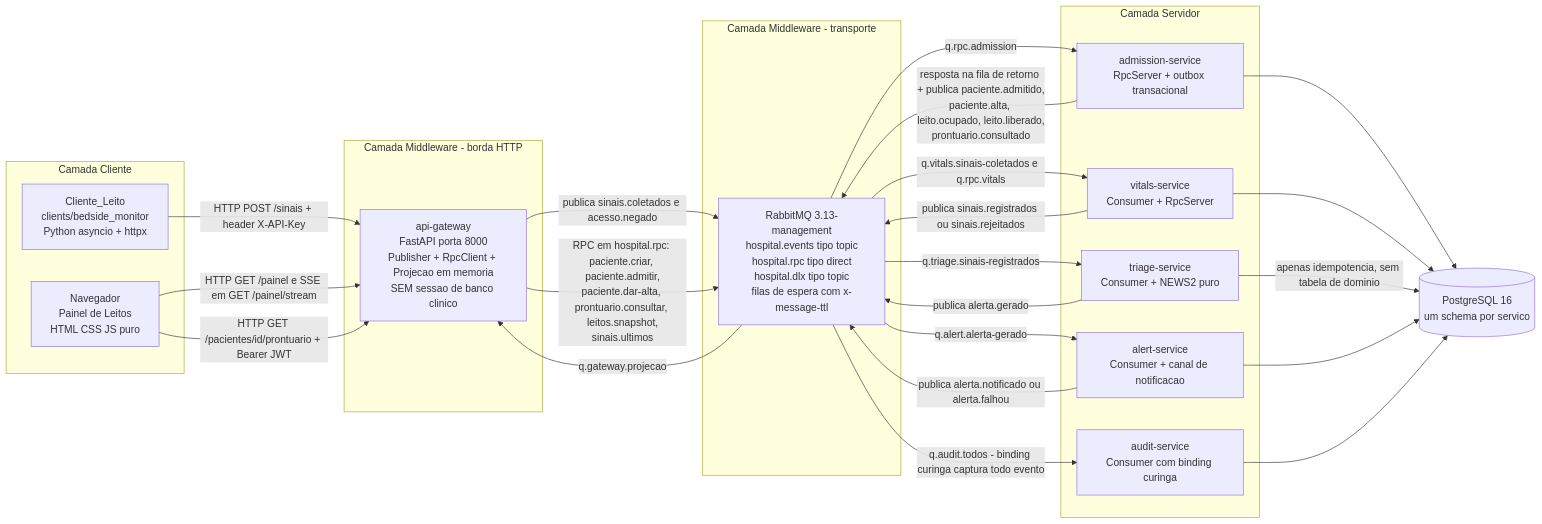
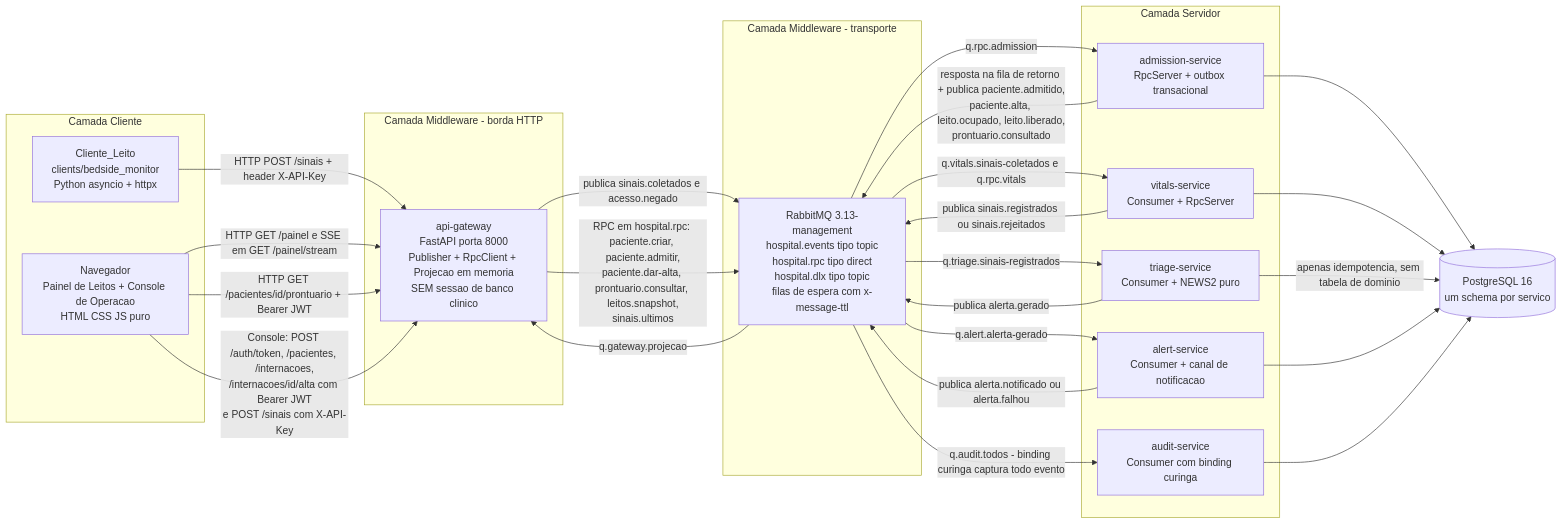
Before and after one commit to ggnery/Atividade-1-SD: the third of 10 diagrams in docs/arquitetura.md, drawn with Mermaid. The commit also changed other lines of this file and 1 other file, not shown here.

First line of the commit message:
docs: documenta o Console de Operação no README e na arquitetura

````diff
--- a/docs/arquitetura.md
+++ b/docs/arquitetura.md
@@ -782,53 +783,54 @@
 ```mermaid
 flowchart LR
     subgraph CLI["Camada Cliente"]
         BM["Cliente_Leito<br/>clients/bedside_monitor<br/>Python asyncio + httpx"]
-        NAV["Navegador<br/>Painel de Leitos<br/>HTML CSS JS puro"]
+        NAV["Navegador<br/>Painel de Leitos + Console de Operacao<br/>HTML CSS JS puro"]
     end
 
     subgraph BORDA["Camada Middleware - borda HTTP"]
         GW["api-gateway<br/>FastAPI porta 8000<br/>Publisher + RpcClient + Projecao em memoria<br/>SEM sessao de banco clinico"]
     end
 
     subgraph BROKER["Camada Middleware - transporte"]
         MQ["RabbitMQ 3.13-management<br/>hospital.events tipo topic<br/>hospital.rpc tipo direct<br/>hospital.dlx tipo topic<br/>filas de espera com x-message-ttl"]
     end
 
     subgraph SRV["Camada Servidor"]
         ADM["admission-service<br/>RpcServer + outbox transacional"]
         VIT["vitals-service<br/>Consumer + RpcServer"]
         TRI["triage-service<br/>Consumer + NEWS2 puro"]
         ALE["alert-service<br/>Consumer + canal de notificacao"]
         AUD["audit-service<br/>Consumer com binding curinga"]
     end
 
     DB[("PostgreSQL 16<br/>um schema por servico")]
 
     BM -->|"HTTP POST /sinais + header X-API-Key"| GW
     NAV -->|"HTTP GET /painel e SSE em GET /painel/stream"| GW
     NAV -->|"HTTP GET /pacientes/id/prontuario + Bearer JWT"| GW
+    NAV -->|"Console: POST /auth/token, /pacientes, /internacoes,<br/>/internacoes/id/alta com Bearer JWT<br/>e POST /sinais com X-API-Key"| GW
 
     GW -->|"publica sinais.coletados e acesso.negado"| MQ
     GW -->|"RPC em hospital.rpc: paciente.criar, paciente.admitir,<br/>paciente.dar-alta, prontuario.consultar, leitos.snapshot,<br/>sinais.ultimos"| MQ
     MQ -->|"q.gateway.projecao"| GW
 
     MQ -->|"q.rpc.admission"| ADM
     ADM -->|"resposta na fila de retorno + publica paciente.admitido,<br/>paciente.alta, leito.ocupado, leito.liberado,<br/>prontuario.consultado"| MQ
 
     MQ -->|"q.vitals.sinais-coletados e q.rpc.vitals"| VIT
     VIT -->|"publica sinais.registrados ou sinais.rejeitados"| MQ
 
     MQ -->|"q.triage.sinais-registrados"| TRI
     TRI -->|"publica alerta.gerado"| MQ
 
     MQ -->|"q.alert.alerta-gerado"| ALE
     ALE -->|"publica alerta.notificado ou alerta.falhou"| MQ
 
     MQ -->|"q.audit.todos - binding curinga captura todo evento"| AUD
 
     ADM --> DB
     VIT --> DB
     TRI -->|"apenas idempotencia, sem tabela de dominio"| DB
     ALE --> DB
     AUD --> DB
 ```
````
